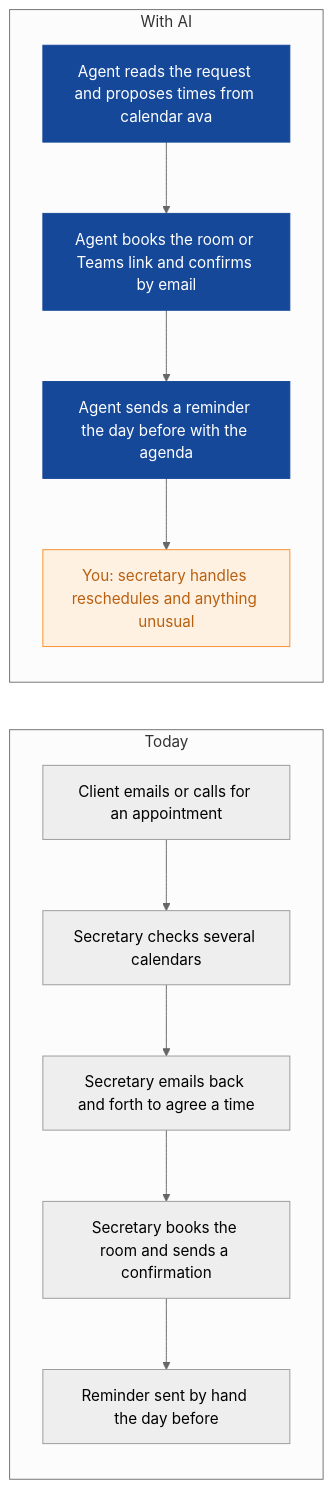
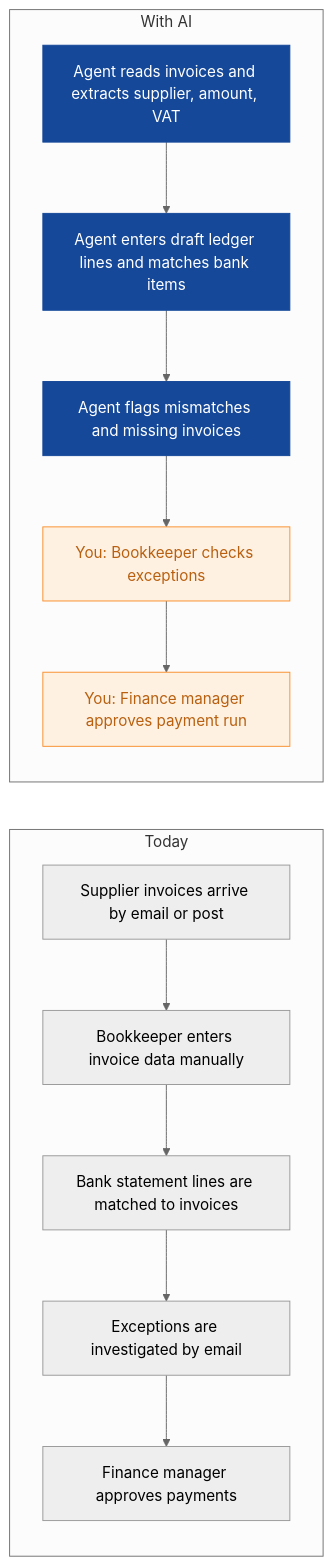
The eighth of 9 diagrams in strategies/lumen-legal.md (nexibeo/Complete-AI-Strategy), drawn with Mermaid (neutral theme) before and after one commit. The commit also changed other lines of this file and 26 other files, not shown here.

````diff
--- a/strategies/lumen-legal.md
+++ b/strategies/lumen-legal.md
@@ -242,22 +256,23 @@
 ```mermaid
 flowchart LR
   subgraph Today
-    B0["Client emails or calls for an appointment"]
-    B1["Secretary checks several calendars"]
-    B2["Secretary emails back and forth to agree a time"]
-    B3["Secretary books the room and sends a confirmation"]
-    B4["Reminder sent by hand the day before"]
+    B0["Supplier invoices arrive by email or post"]
+    B1["Bookkeeper enters invoice data manually"]
+    B2["Bank statement lines are matched to invoices"]
+    B3["Exceptions are investigated by email"]
+    B4["Finance manager approves payments"]
     B0 --> B1 --> B2 --> B3 --> B4
   end
   subgraph WithAI[With AI]
-    A0["Agent reads the request and proposes times from calendar ava"]
-    A1["Agent books the room or Teams link and confirms by email"]
-    A2["Agent sends a reminder the day before with the agenda"]
-    A3["You: secretary handles reschedules and anything unusual"]
-    A0 --> A1 --> A2 --> A3
+    A0["Agent reads invoices and extracts supplier, amount, VAT"]
+    A1["Agent enters draft ledger lines and matches bank items"]
+    A2["Agent flags mismatches and missing invoices"]
+    A3["You: Bookkeeper checks exceptions"]
+    A4["You: Finance manager approves payment run"]
+    A0 --> A1 --> A2 --> A3 --> A4
   end
   classDef ai fill:#154899,color:#fff,stroke:#154899
   classDef human fill:#FFF1E2,color:#B8600F,stroke:#F98F2C
   class A0,A1,A2 ai
-  class A3 human
+  class A3,A4 human
 ```
````
